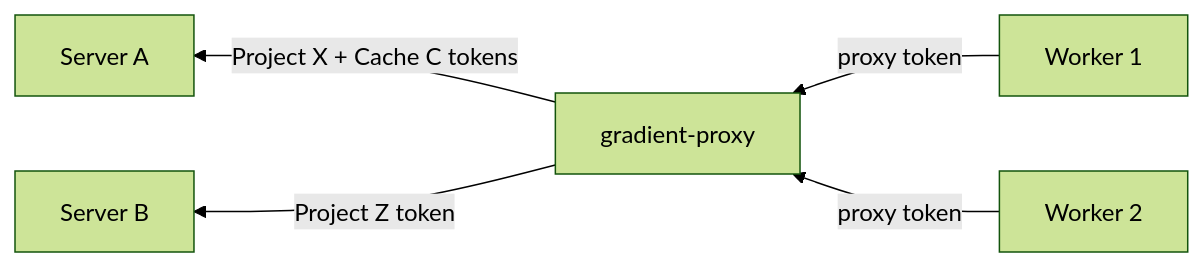
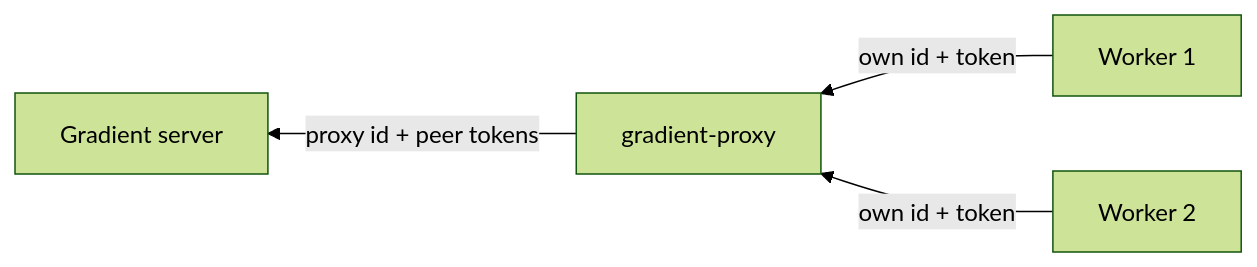
One commit to wavelens/gradient changed diagram 21 of 26 in docs/src/development/proto.md. Above: the diagram before and after it, drawn with Mermaid (forest theme). The commit also changed other lines of this file and 2 other files, not shown here.

Commit message:
docs: docs: describe the rewritten gradient-proxy

````diff
--- a/docs/src/development/proto.md
+++ b/docs/src/development/proto.md
@@ -1301,7 +1301,6 @@
 ```mermaid
 graph RL
-    W1[Worker 1] -->|"proxy token"| P[gradient-proxy]
-    W2[Worker 2] -->|"proxy token"| P
-    P -->|"Project X + Cache C tokens"| SA[Server A]
-    P -->|"Project Z token"| SB[Server B]
+    W1[Worker 1] -->|"own id + token"| P[gradient-proxy]
+    W2[Worker 2] -->|"own id + token"| P
+    P -->|"proxy id + peer tokens"| S[Gradient server]
 ```
````
